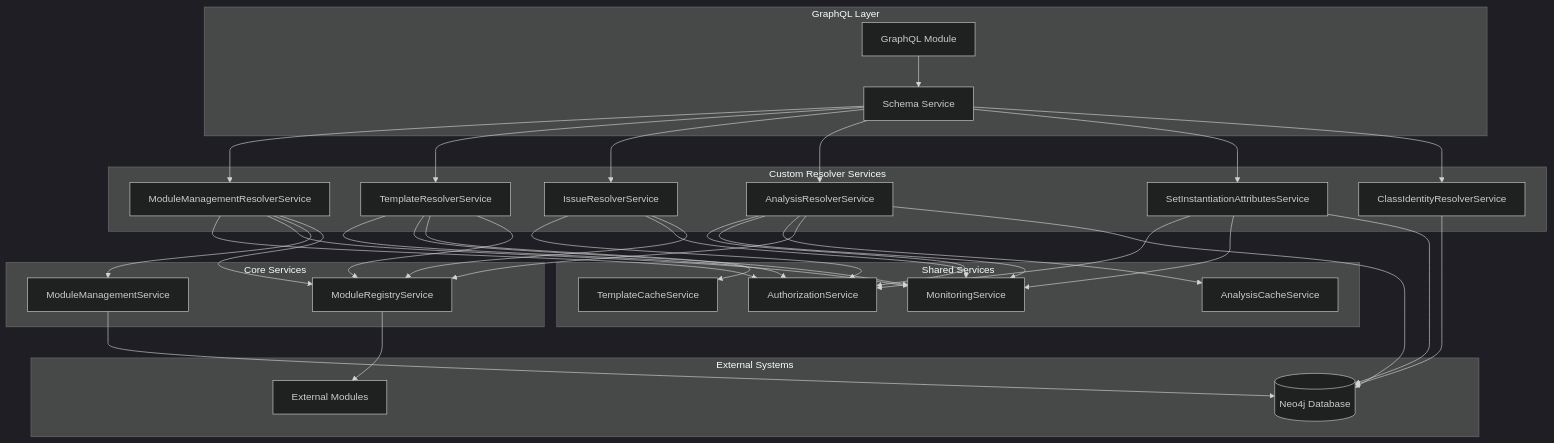
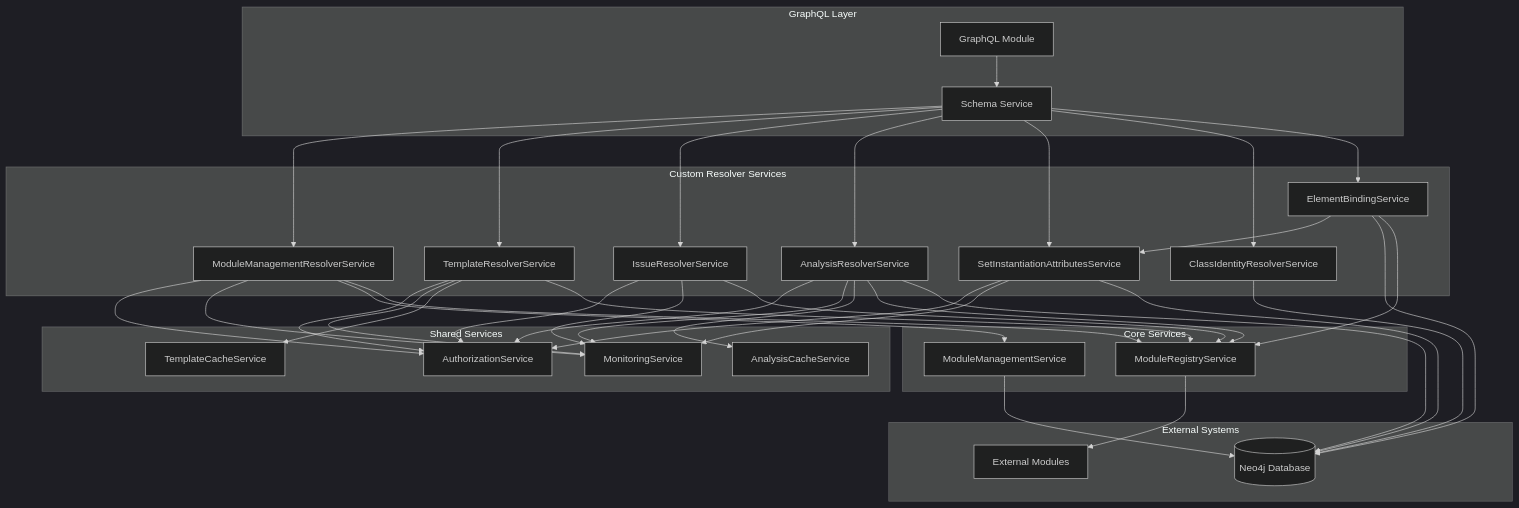
One commit to dether-net/dethernety-oss changed the diagram in docs/architecture/backend/LLD/CUSTOM_RESOLVER_SERVICES_DOCUMENTATION.md. Above: the diagram before and after it, drawn with Mermaid (dark theme). The commit also changed other lines of this file and 46 other files, not shown here.

````diff
--- a/docs/architecture/backend/LLD/CUSTOM_RESOLVER_SERVICES_DOCUMENTATION.md
+++ b/docs/architecture/backend/LLD/CUSTOM_RESOLVER_SERVICES_DOCUMENTATION.md
@@ -9,70 +9,75 @@
 ```mermaid
 graph TB
     subgraph "GraphQL Layer"
         GQL[GraphQL Module]
         SCHEMA[Schema Service]
     end
 
     subgraph "Custom Resolver Services"
         MMR[ModuleManagementResolverService]
         TR[TemplateResolverService]
         IR[IssueResolverService]
         AR[AnalysisResolverService]
         SIAR[SetInstantiationAttributesService]
         CIR[ClassIdentityResolverService]
+        EBS[ElementBindingService]
     end
 
     subgraph "Shared Services"
         AUTH[AuthorizationService]
         MON[MonitoringService]
         TC[TemplateCacheService]
         AC[AnalysisCacheService]
     end
 
     subgraph "Core Services"
         MMS[ModuleManagementService]
         MRS[ModuleRegistryService]
     end
 
     subgraph "External Systems"
         NEO4J[(Neo4j Database)]
         MODULES[External Modules]
     end
 
     GQL --> SCHEMA
     SCHEMA --> MMR
     SCHEMA --> TR
     SCHEMA --> IR
     SCHEMA --> AR
     SCHEMA --> SIAR
     SCHEMA --> CIR
+    SCHEMA --> EBS
 
     MMR --> AUTH
     MMR --> MON
     MMR --> MMS
     MMR --> MRS
 
     TR --> AUTH
     TR --> MON
     TR --> TC
     TR --> MRS
 
     IR --> AUTH
     IR --> MON
     IR --> MRS
 
     AR --> AUTH
     AR --> MON
     AR --> AC
     AR --> MRS
 
     SIAR --> AUTH
     SIAR --> MON
 
     CIR --> NEO4J
 
     MMS --> NEO4J
     MRS --> MODULES
     AR --> NEO4J
     SIAR --> NEO4J
+    EBS --> SIAR
+    EBS --> NEO4J
+    EBS --> MRS
 ```
````
